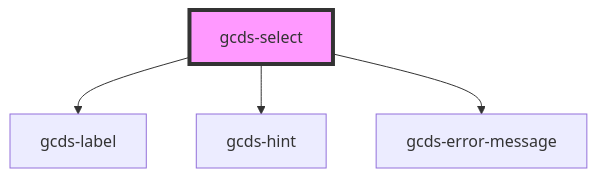
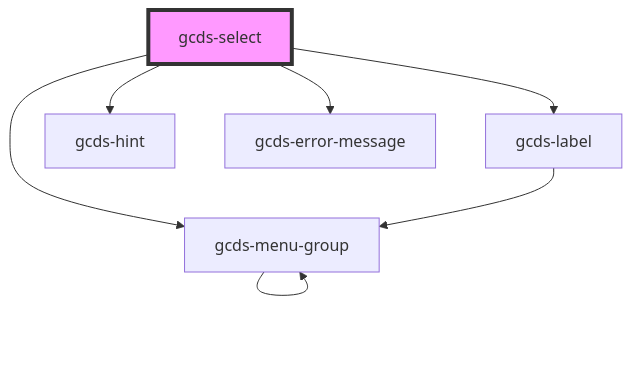
The diagram in packages/web/src/components/gcds-select/readme.md (cds-snc/gcds-components), drawn with Mermaid before and after one commit. The commit also changed other lines of this file and 37 other files, not shown here.

````diff
--- a/packages/web/src/components/gcds-select/readme.md
+++ b/packages/web/src/components/gcds-select/readme.md
@@ -60,7 +61,10 @@
 ```mermaid
 graph TD;
   gcds-select --> gcds-label
   gcds-select --> gcds-hint
   gcds-select --> gcds-error-message
+  gcds-select --> gcds-menu-group
+  gcds-label --> gcds-menu-group
+  gcds-menu-group --> gcds-menu-group
   style gcds-select fill:#f9f,stroke:#333,stroke-width:4px
 ```
````
